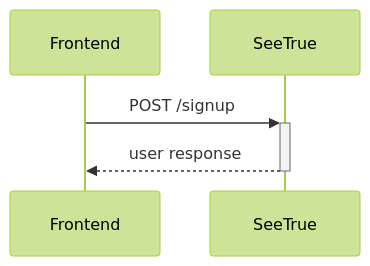
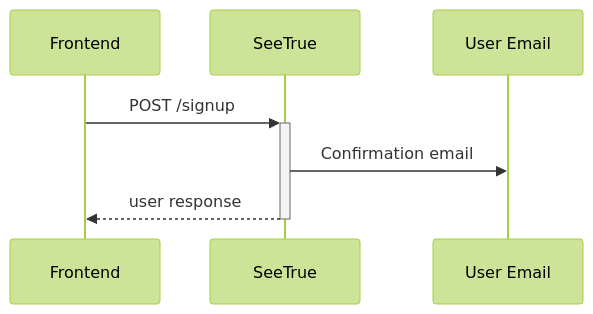
One commit to TheOnlyBeardedBeast/SeeTrue changed the third of 7 diagrams in SeeTrue.API/docs/readme.template.md. Above: the diagram before and after it, drawn with Mermaid (forest theme). The commit also changed other lines of this file and 8 other files, not shown here.

````diff
--- a/SeeTrue.API/docs/readme.template.md
+++ b/SeeTrue.API/docs/readme.template.md
@@ -64,5 +64,6 @@
 ```mermaid
 sequenceDiagram
     Frontend->>+SeeTrue: POST /signup
+    SeeTrue->>User Email: Confirmation email
     SeeTrue-->>-Frontend: user response
 ```
````
